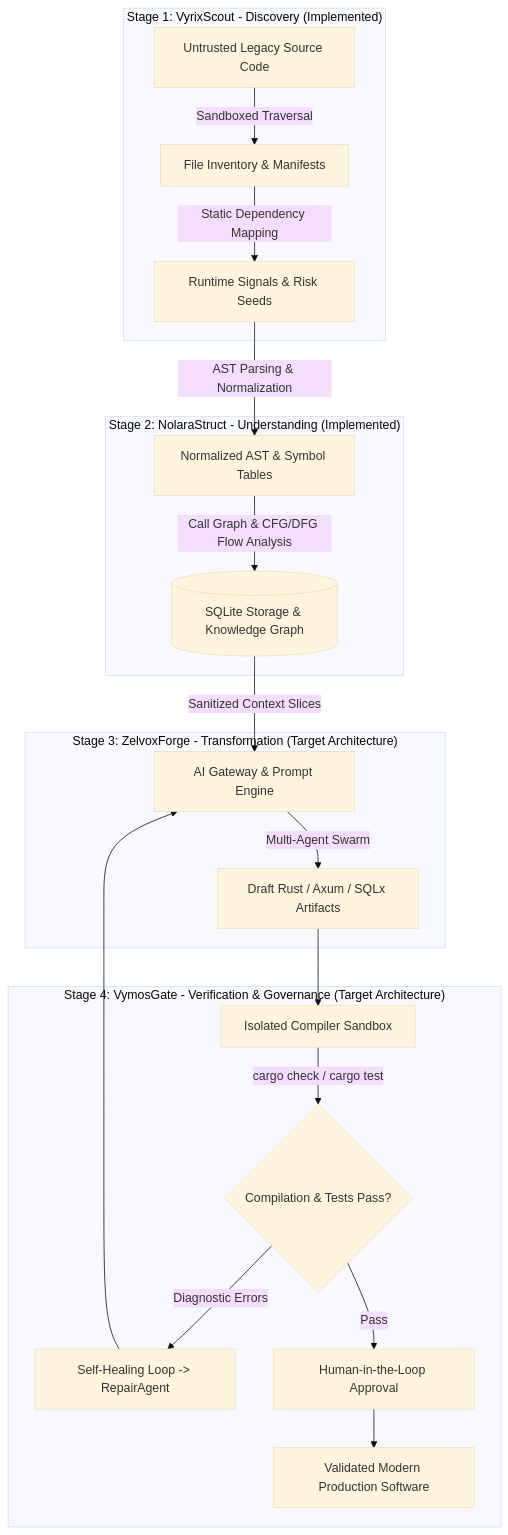
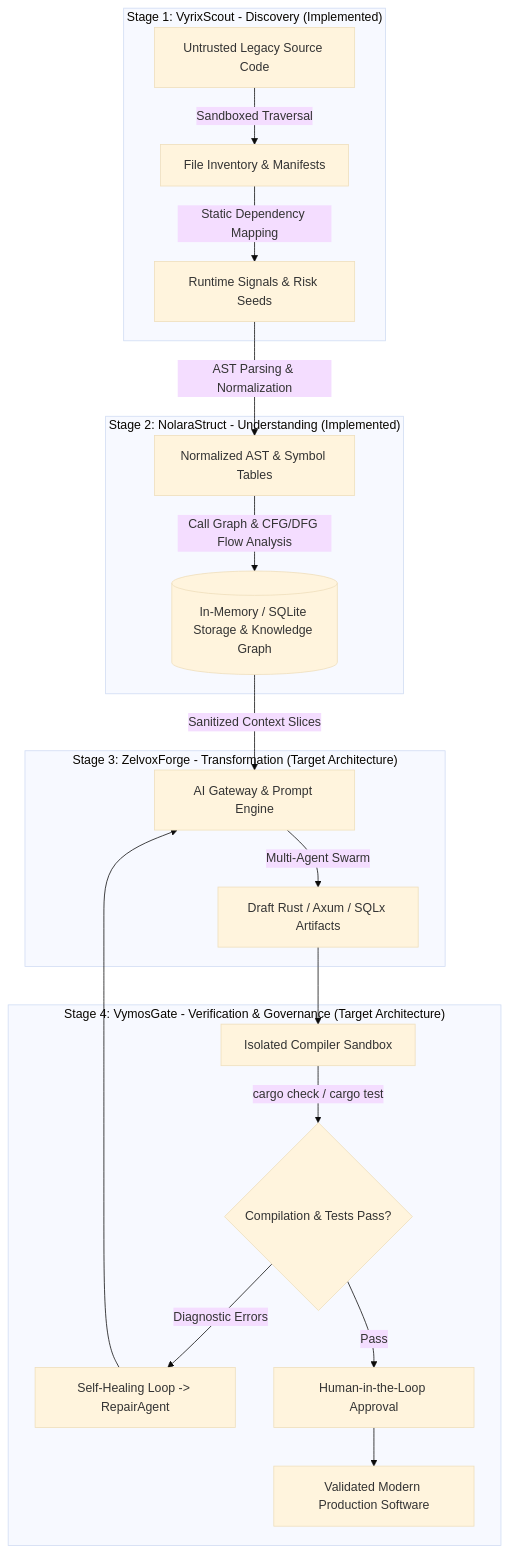
The first of 6 diagrams in README.md (raitaskeen/LegacyExodus), drawn with Mermaid (base theme) before and after one commit. The commit also changed other lines of this file and 3 other files, not shown here.

Commit message:
docs(architecture): reconcile remaining runtime documentation claims

````diff
--- a/README.md
+++ b/README.md
@@ -57,26 +57,26 @@
 ```mermaid
 flowchart TD
     subgraph Stage1 ["Stage 1: VyrixScout - Discovery (Implemented)"]
         A["Untrusted Legacy Source Code"] -->|Sandboxed Traversal| B["File Inventory & Manifests"]
         B -->|Static Dependency Mapping| C["Runtime Signals & Risk Seeds"]
     end
 
     subgraph Stage2 ["Stage 2: NolaraStruct - Understanding (Implemented)"]
         C -->|AST Parsing & Normalization| D["Normalized AST & Symbol Tables"]
-        D -->|Call Graph & CFG/DFG Flow Analysis| E[("SQLite Storage & Knowledge Graph")]
+        D -->|Call Graph & CFG/DFG Flow Analysis| E[("In-Memory / SQLite Storage & Knowledge Graph")]
     end
 
     subgraph Stage3 ["Stage 3: ZelvoxForge - Transformation (Target Architecture)"]
         E -->|Sanitized Context Slices| F["AI Gateway & Prompt Engine"]
         F -->|Multi-Agent Swarm| G["Draft Rust / Axum / SQLx Artifacts"]
     end
 
     subgraph Stage4 ["Stage 4: VymosGate - Verification & Governance (Target Architecture)"]
         G --> H["Isolated Compiler Sandbox"]
         H -->|cargo check / cargo test| I{"Compilation & Tests Pass?"}
         I -->|Diagnostic Errors| J["Self-Healing Loop -> RepairAgent"]
         J --> F
         I -->|Pass| K["Human-in-the-Loop Approval"]
         K --> L["Validated Modern Production Software"]
     end
 ```
````
